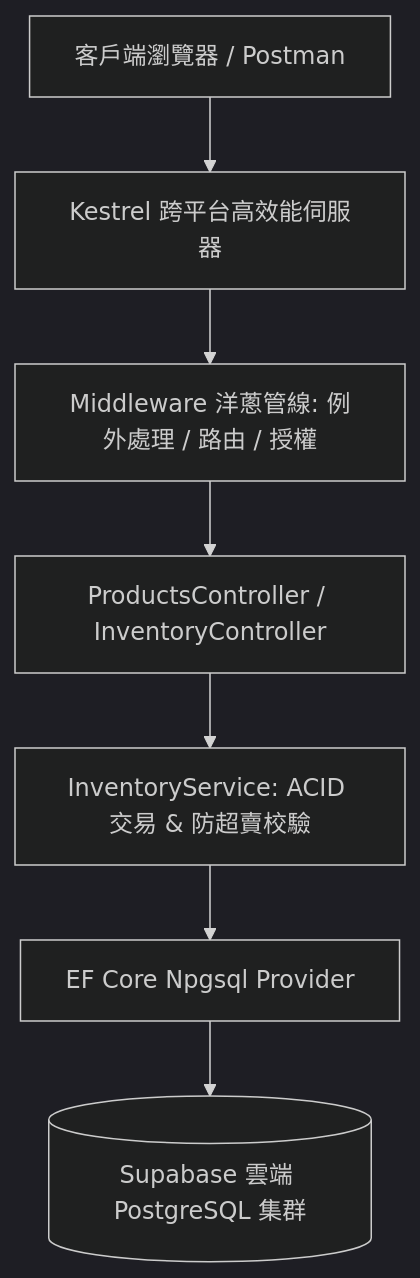
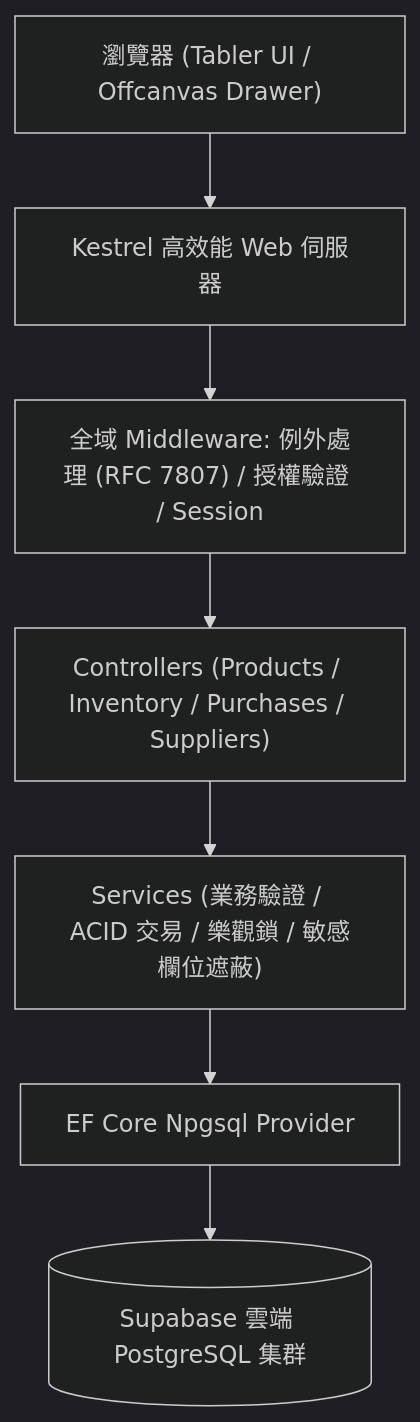
The second of 2 diagrams in README.md (zhangs1124/WebAPICore), drawn with Mermaid (dark theme) before and after one commit. The commit also changed other lines of this file, not shown here.

````diff
--- a/README.md
+++ b/README.md
@@ -40,9 +65,9 @@
 ```mermaid
 graph TD
-    Client[客戶端瀏覽器 / Postman] --> Kestrel[Kestrel 跨平台高效能伺服器]
-    Kestrel --> Middleware[Middleware 洋蔥管線: 例外處理 / 路由 / 授權]
-    Middleware --> Controller[ProductsController / InventoryController]
-    Controller --> Service[InventoryService: ACID 交易 & 防超賣校驗]
-    Service --> EFCore[EF Core Npgsql Provider]
-    EFCore --> Supabase[(Supabase 雲端 PostgreSQL 集群)]
+    Client["瀏覽器 (Tabler UI / Offcanvas Drawer)"] --> Kestrel["Kestrel 高效能 Web 伺服器"]
+    Kestrel --> Middleware["全域 Middleware: 例外處理 (RFC 7807) / 授權驗證 / Session"]
+    Middleware --> Controller["Controllers (Products / Inventory / Purchases / Suppliers)"]
+    Controller --> Service["Services (業務驗證 / ACID 交易 / 樂觀鎖 / 敏感欄位遮蔽)"]
+    Service --> EFCore["EF Core Npgsql Provider"]
+    EFCore --> Supabase[("Supabase 雲端 PostgreSQL 集群")]
 ```
````
